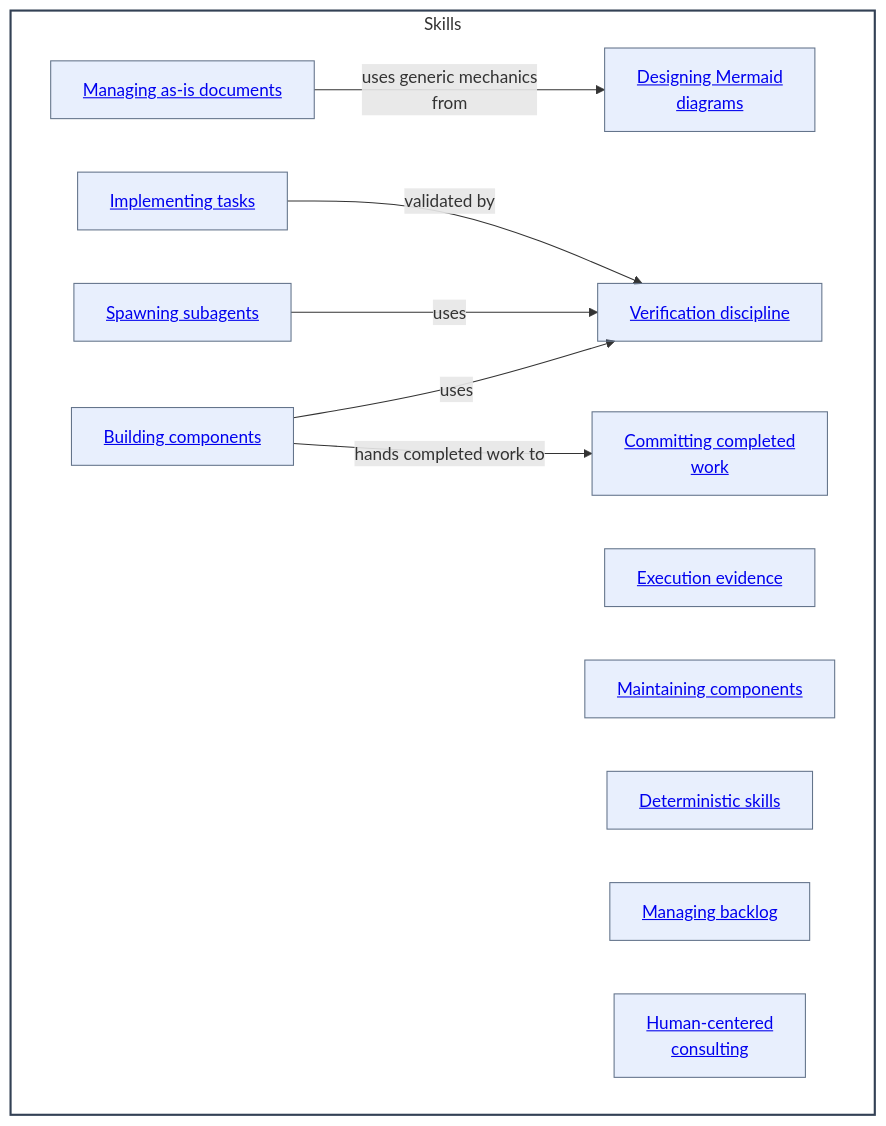
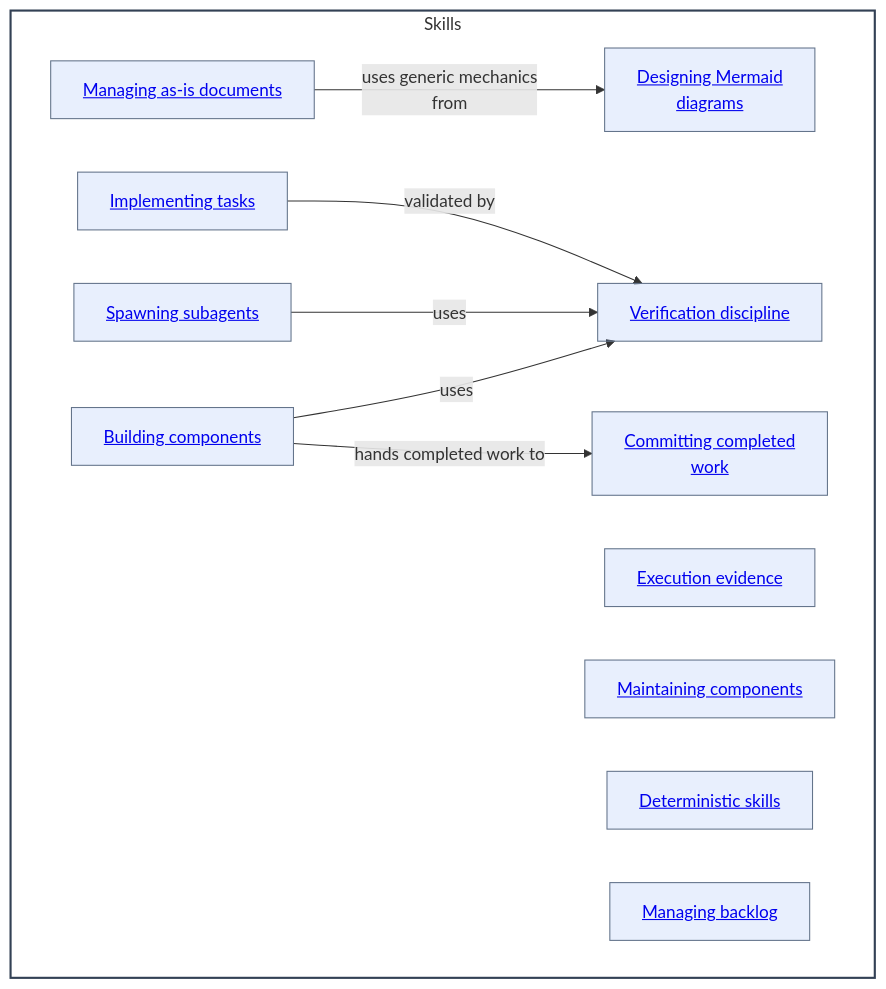
One commit to abstract-business-systems/as-is changed the diagram in skills/as-is.md. Above: the diagram before and after it, drawn with Mermaid. The commit also changed other lines of this file and 10 other files, not shown here.

````diff
--- a/skills/as-is.md
+++ b/skills/as-is.md
@@ -66,30 +65,29 @@
 ```mermaid
 %%{init: {"securityLevel": "loose"}}%%
 flowchart LR
     subgraph Skills["Skills"]
         direction LR
         ManagingAsIs["<a href='./managing-as-is-document/as-is.md#design'>Managing as-is documents</a>"]
         ExecutionEvidence["<a href='./exploring-execution-evidence/as-is.md#design'>Execution evidence</a>"]
         MermaidDesign["<a href='./designing-mermaid-diagrams/as-is.md#design'>Designing Mermaid<br/>diagrams</a>"]
         ImplementingTasks["<a href='./implementing-component-tasks/as-is.md#design'>Implementing tasks</a>"]
         MaintainingComponents["<a href='./maintaining-components/as-is.md#design'>Maintaining components</a>"]
         DeterministicSkills["<a href='./deterministic-skills/as-is.md#design'>Deterministic skills</a>"]
         ManagingBacklog["<a href='./managing-backlog/as-is.md#design'>Managing backlog</a>"]
         SpawningSubagents["<a href='./spawning-pi-subagents/as-is.md#design'>Spawning subagents</a>"]
         Verification["<a href='./verification-discipline/as-is.md#design'>Verification discipline</a>"]
         Building["<a href='./building-components/as-is.md#design'>Building components</a>"]
         Committing["<a href='./committing-completed-work/as-is.md#design'>Committing completed<br/>work</a>"]
-        Consulting["<a href='./human-centered-consulting/as-is.md#design'>Human-centered<br/>consulting</a>"]
 
         ManagingAsIs -->|uses generic mechanics<br/>from| MermaidDesign
         ImplementingTasks -->|validated by| Verification
         SpawningSubagents -->|uses| Verification
         Building -->|uses| Verification
         Building -->|hands completed work to| Committing
 
     end
     classDef component fill:#f8fafc,fill-opacity:0.1,stroke:#334155,stroke-width:2px
     classDef child fill:#2563eb,fill-opacity:0.1,stroke:#64748b,stroke-width:1px
     class Skills component
-    class ManagingAsIs,ExecutionEvidence,MermaidDesign,ImplementingTasks,MaintainingComponents,DeterministicSkills,ManagingBacklog,SpawningSubagents,Verification,Building,Committing,Consulting child
+    class ManagingAsIs,ExecutionEvidence,MermaidDesign,ImplementingTasks,MaintainingComponents,DeterministicSkills,ManagingBacklog,SpawningSubagents,Verification,Building,Committing child
 ```
````
